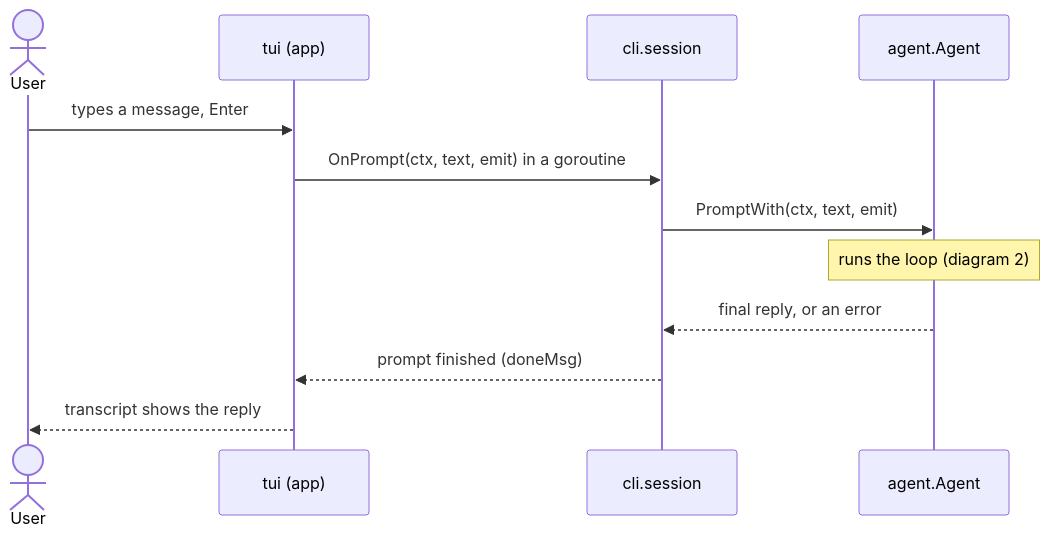
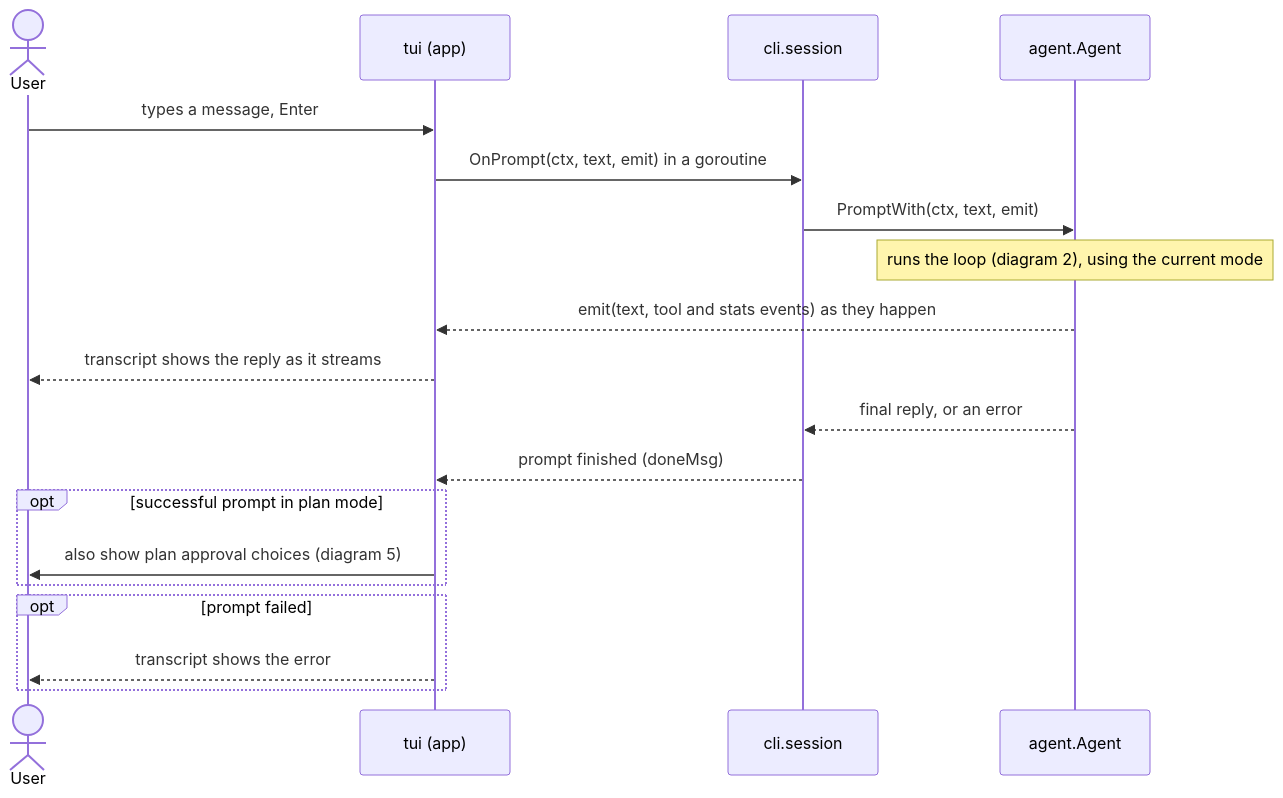
Before and after one commit to phucvinh57/pi-go: the first of 5 diagrams in README.md, drawn with Mermaid. The commit also changed other lines of this file, not shown here.

Commit message:
docs: fix prompt-flow diagram so the reply and plan picker are not exclusive

````diff
--- a/README.md
+++ b/README.md
@@ -179,15 +179,22 @@
 ```mermaid
 sequenceDiagram
     actor User
     participant TUI as tui (app)
     participant Sess as cli.session
     participant Agent as agent.Agent
 
     User->>TUI: types a message, Enter
     TUI->>Sess: OnPrompt(ctx, text, emit) in a goroutine
     Sess->>Agent: PromptWith(ctx, text, emit)
-    Note over Agent: runs the loop (diagram 2)
+    Note over Agent: runs the loop (diagram 2), using the current mode
+    Agent-->>TUI: emit(text, tool and stats events) as they happen
+    TUI-->>User: transcript shows the reply as it streams
     Agent-->>Sess: final reply, or an error
     Sess-->>TUI: prompt finished (doneMsg)
-    TUI-->>User: transcript shows the reply
+    opt successful prompt in plan mode
+        TUI->>User: also show plan approval choices (diagram 5)
+    end
+    opt prompt failed
+        TUI-->>User: transcript shows the error
+    end
 ```
````
